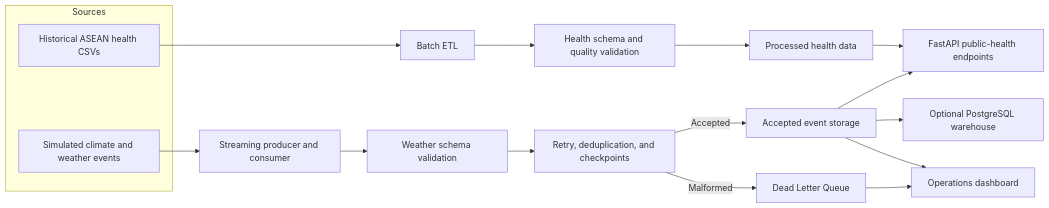
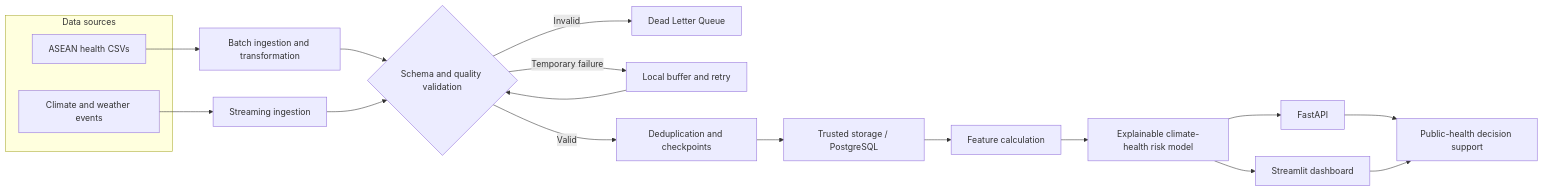
One commit to DevDataMLOps/Project-Rising changed the diagram in README.md. Above: the diagram before and after it, drawn with Mermaid. The commit also changed other lines of this file and 12 other files, not shown here.

Commit message:
Add judge-ready climate health decision support

````diff
--- a/README.md
+++ b/README.md
@@ -52,23 +57,22 @@
 ```mermaid
 flowchart LR
-    subgraph Sources
-        A["Historical ASEAN health CSVs"]
-        B["Simulated climate and weather events"]
+    subgraph Sources["Data sources"]
+        A["ASEAN health CSVs"]
+        B["Climate and weather events"]
     end
-
-    A --> C["Batch ETL"]
-    C --> D["Health schema and quality validation"]
-    D --> E["Processed health data"]
-
-    B --> F["Streaming producer and consumer"]
-    F --> G["Weather schema validation"]
-    G --> H["Retry, deduplication, and checkpoints"]
-    H -->|Accepted| I["Accepted event storage"]
-    H -->|Malformed| J["Dead Letter Queue"]
-
-    I --> K["Optional PostgreSQL warehouse"]
-    E --> L["FastAPI public-health endpoints"]
-    I --> L
-    I --> M["Operations dashboard"]
-    J --> M
+    A --> C["Batch ingestion and transformation"]
+    B --> D["Streaming ingestion"]
+    C --> E{"Schema and quality validation"}
+    D --> E
+    E -->|"Invalid"| F["Dead Letter Queue"]
+    E -->|"Temporary failure"| G["Local buffer and retry"]
+    G --> E
+    E -->|"Valid"| H["Deduplication and checkpoints"]
+    H --> I["Trusted storage / PostgreSQL"]
+    I --> J["Feature calculation"]
+    J --> K["Explainable climate-health risk model"]
+    K --> L["FastAPI"]
+    K --> M["Streamlit dashboard"]
+    L --> N["Public-health decision support"]
+    M --> N
 ```
````
